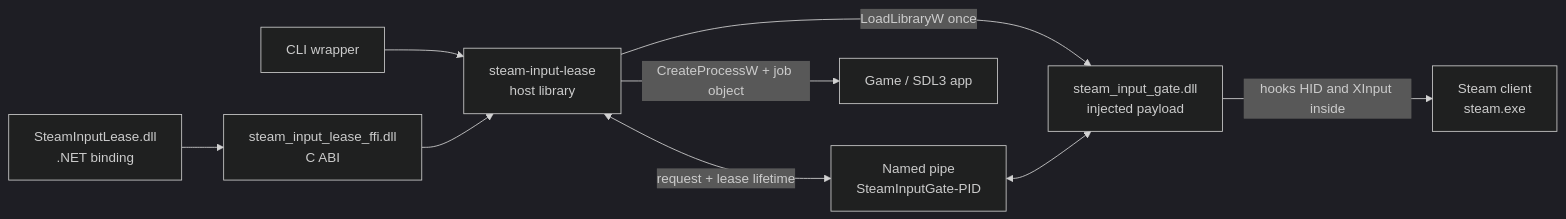
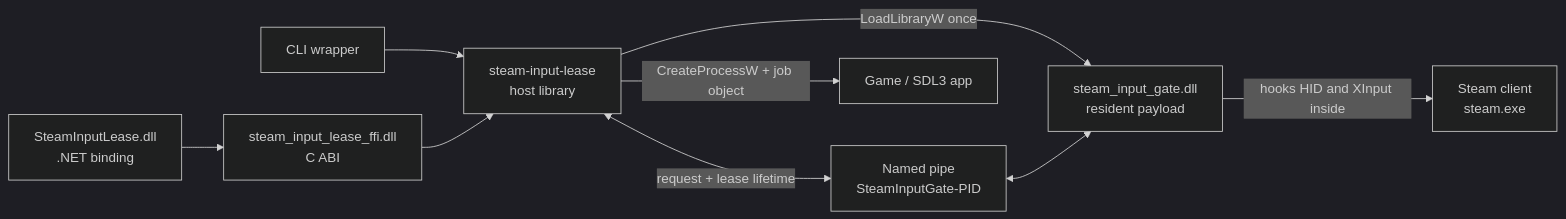
The diagram in native/SteamInput/README.md (KillerPixelCrew/WSGM), drawn with Mermaid (dark theme) before and after one commit. The commit also changed other lines of this file and 60 other files, not shown here.

````diff
--- a/native/SteamInput/README.md
+++ b/native/SteamInput/README.md
@@ -84,19 +93,19 @@
 ```mermaid
 flowchart LR
     Steam[Steam client<br/>steam.exe]
-    Gate[steam_input_gate.dll<br/>injected payload]
+    Gate[steam_input_gate.dll<br/>resident payload]
     Pipe[Named pipe<br/>SteamInputGate-PID]
     Host[steam-input-lease<br/>host library]
     CLI[CLI wrapper]
     ABI[steam_input_lease_ffi.dll<br/>C ABI]
     DotNet[SteamInputLease.dll<br/>.NET binding]
     Game[Game / SDL3 app]
 
     CLI --> Host
     DotNet --> ABI --> Host
     Host -->|LoadLibraryW once| Gate
     Host <-->|request + lease lifetime| Pipe
     Pipe <--> Gate
     Gate -->|hooks HID and XInput inside| Steam
     Host -->|CreateProcessW + job object| Game
 ```
````
